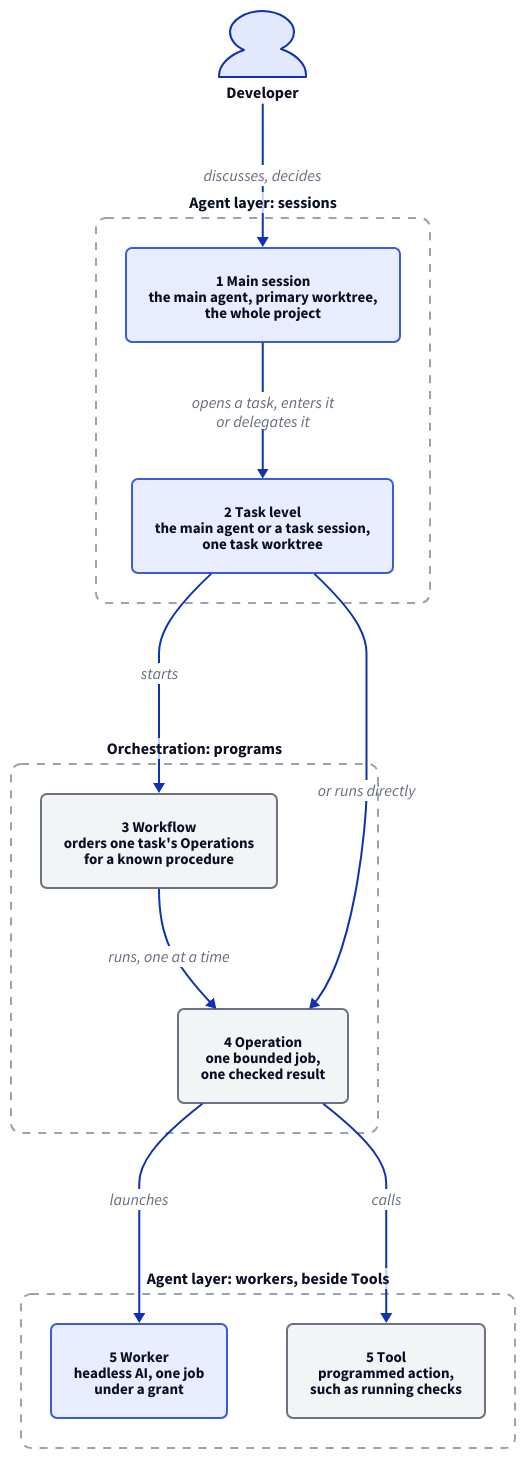
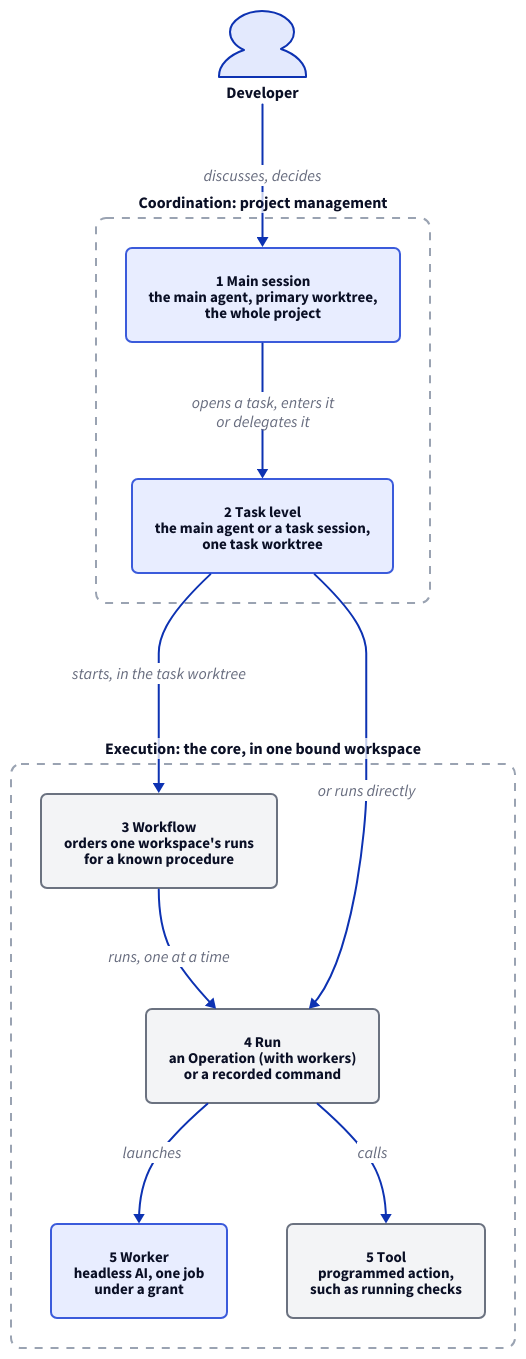
Before and after one commit to FTOD/concorde: the first of 5 diagrams in specs/concorde/module.md, drawn with D2. The commit also changed other lines of this file and 339 other files, not shown here.

First line of the commit message:
Decouple the task level from the execution core through a workspace binding

````diff
--- a/specs/concorde/module.md
+++ b/specs/concorde/module.md
@@ -46,30 +48,27 @@
 ```d2 illustrative
 classes: {
   agent: {style: {fill: "#e8edff"; stroke: "#3b5bdb"; stroke-width: 2; border-radius: 6; font-size: 15}}
   program: {style: {fill: "#f3f4f6"; stroke: "#6b7280"; stroke-width: 2; border-radius: 6; font-size: 15}}
   layer: {style: {fill: transparent; stroke: "#9aa3b2"; stroke-dash: 4; border-radius: 10; font-size: 16; bold: true}}
 }
 developer: Developer {shape: person}
-sessions: "Agent layer: sessions" {
+coordination: "Coordination: project management" {
   class: layer
   main: "1  Main session\nthe main agent, primary worktree,\nthe whole project" {class: agent}
   task: "2  Task level\nthe main agent or a task session,\none task worktree" {class: agent}
   main -> task: "opens a task, enters it\nor delegates it"
 }
-orchestration: "Orchestration: programs" {
+execution: "Execution: the core, in one bound workspace" {
   class: layer
-  workflow: "3  Workflow\norders one task's Operations\nfor a known procedure" {class: program}
-  operation: "4  Operation\none bounded job,\none checked result" {class: program}
-  workflow -> operation: "runs, one at a time"
-}
-execution: "Agent layer: workers, beside Tools" {
-  class: layer
+  workflow: "3  Workflow\norders one workspace's runs\nfor a known procedure" {class: program}
+  run: "4  Run\nan Operation (with workers)\nor a recorded command" {class: program}
   worker: "5  Worker\nheadless AI, one job\nunder a grant" {class: agent}
   tool: "5  Tool\nprogrammed action,\nsuch as running checks" {class: program}
+  workflow -> run: "runs, one at a time"
+  run -> worker: launches
+  run -> tool: calls
 }
-developer -> sessions.main: "discusses, decides"
-sessions.task -> orchestration.workflow: starts
-sessions.task -> orchestration.operation: "or runs directly"
-orchestration.operation -> execution.worker: launches
-orchestration.operation -> execution.tool: calls
+developer -> coordination.main: "discusses, decides"
+coordination.task -> execution.workflow: "starts, in the task worktree"
+coordination.task -> execution.run: "or runs directly"
 ```
````
